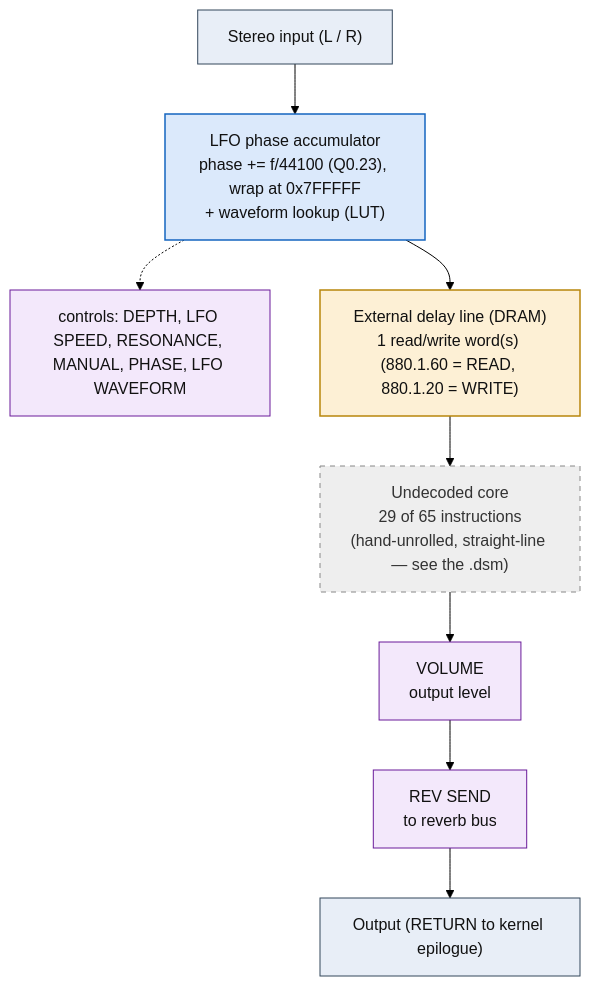
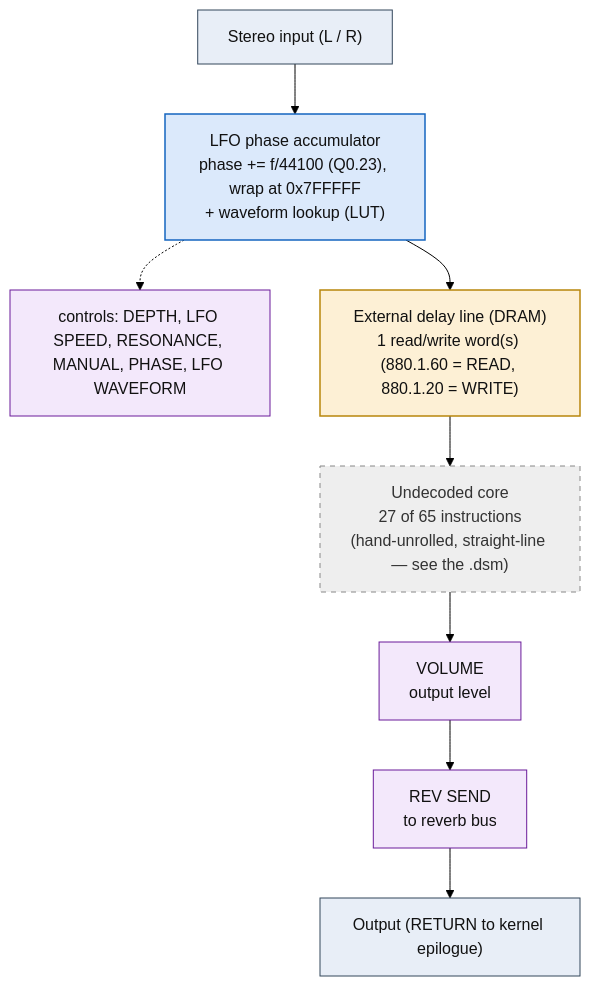
One commit to ArqueologiaDigital/kn5000-roms-disasm changed the diagram in dsp/flowcharts/prog04_flanger.md. Above: the diagram before and after it, drawn with Mermaid (forest theme). The commit also changed other lines of this file and 63 other files, not shown here.

````diff
--- a/dsp/flowcharts/prog04_flanger.md
+++ b/dsp/flowcharts/prog04_flanger.md
@@ -12,30 +12,30 @@
 ```mermaid
 flowchart TD
     N0["Stereo input (L / R)"]
     N1["LFO phase accumulator<br/>phase += f/44100 (Q0.23), wrap at 0x7FFFFF<br/>+ waveform lookup (LUT)"]
     N0 --> N1
     N2["controls: DEPTH, LFO SPEED, RESONANCE, MANUAL, PHASE, LFO WAVEFORM"]
     N1 -.-> N2
     N3["External delay line (DRAM)<br/>1 read/write word(s) (880.1.60 = READ, 880.1.20 = WRITE)"]
     N1 --> N3
-    N4["Undecoded core<br/>29 of 65 instructions<br/>(hand-unrolled, straight-line &mdash; see the .dsm)"]
+    N4["Undecoded core<br/>27 of 65 instructions<br/>(hand-unrolled, straight-line &mdash; see the .dsm)"]
     N3 --> N4
     N5["VOLUME<br/>output level"]
     N4 --> N5
     N6["REV SEND<br/>to reverb bus"]
     N5 --> N6
     N7["Output (RETURN to kernel epilogue)"]
     N6 --> N7
 
     classDef io fill:#e8eef7,stroke:#33475b,stroke-width:1px,color:#111;
     classDef proven fill:#d7f0d7,stroke:#2e7d32,stroke-width:2px,color:#111;
     classDef measured fill:#dbe9fb,stroke:#1565c0,stroke-width:1.5px,color:#111;
     classDef inferred fill:#fdf0d5,stroke:#b8860b,stroke-width:1.5px,color:#111;
     classDef open fill:#eeeeee,stroke:#888,stroke-width:1px,color:#333,stroke-dasharray:5 5;
     classDef ctrl fill:#f3e8fb,stroke:#6a1b9a,stroke-width:1px,color:#111;
     class N0,N7 io;
     class N1 measured;
     class N2,N5,N6 ctrl;
     class N3 inferred;
     class N4 open;
 ```
````
